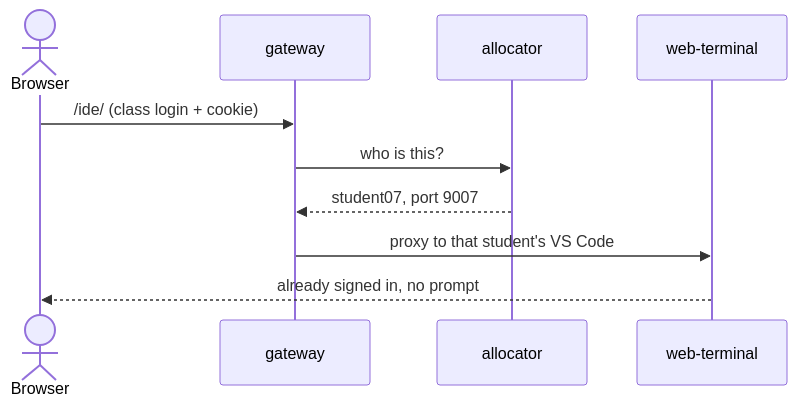
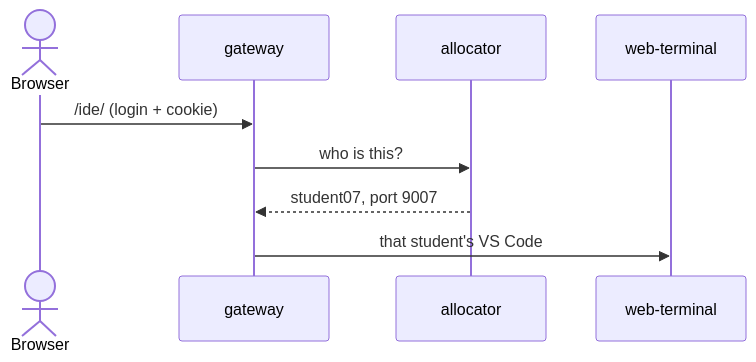
Before and after one commit to fiddler110/GitOps_Dojo: the second of 3 diagrams in workshops/dojo-introduction/content/slides/presentation.md, drawn with Mermaid. The commit also changed other lines of this file and 7 other files, not shown here.

```diff
--- a/workshops/dojo-introduction/content/slides/presentation.md
+++ b/workshops/dojo-introduction/content/slides/presentation.md
@@ -125,12 +97,11 @@
 <div class="mermaid">
 sequenceDiagram
   actor S as Browser
   participant G as gateway
   participant A as allocator
   participant W as web-terminal
-  S->>G: /ide/ (class login + cookie)
+  S->>G: /ide/ (login + cookie)
   G->>A: who is this?
   A-->>G: student07, port 9007
-  G->>W: proxy to that student's VS Code
-  W-->>S: already signed in, no prompt
+  G->>W: that student's VS Code
 </div>
```
